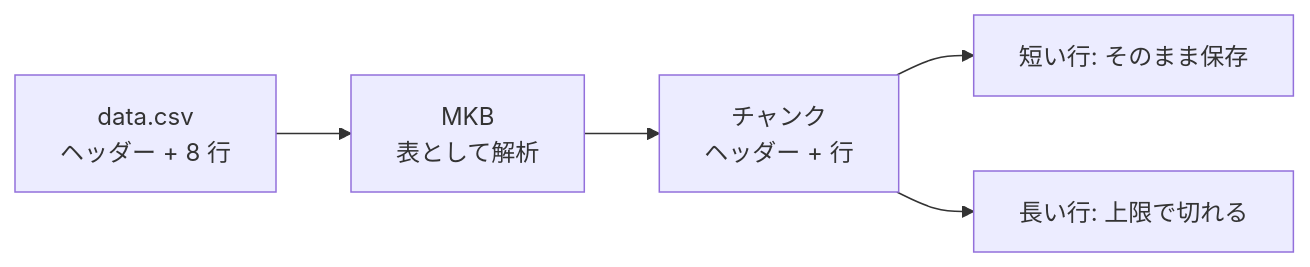
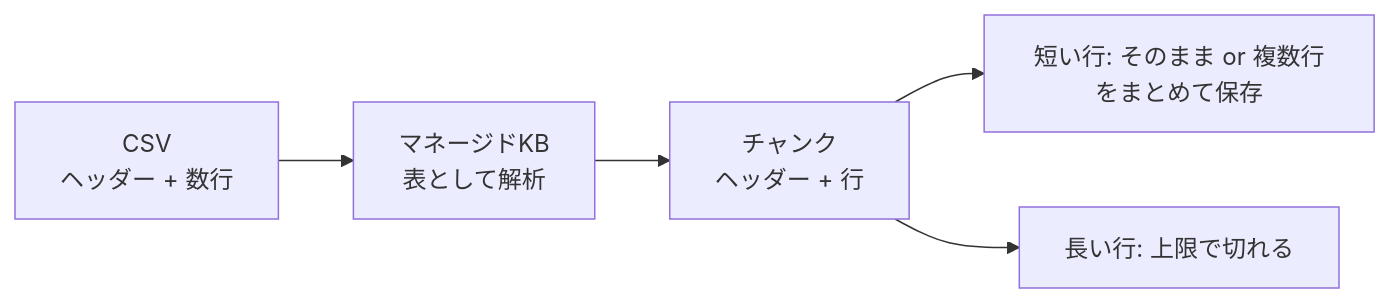
Before and after one commit to takura324/zenn-articles: the diagram in articles/bedrock-mkb-csv-truncation.md, drawn with Mermaid. The commit also changed other lines of this file, not shown here.

Commit message:
Publish Bedrock managed KB CSV truncation article

````diff
--- a/articles/bedrock-mkb-csv-truncation.md
+++ b/articles/bedrock-mkb-csv-truncation.md
@@ -52,7 +51,7 @@
 ```mermaid
 flowchart LR
-  A["data.csv<br/>ヘッダー + 8 行"] --> B["MKB<br/>表として解析"]
+  A["CSV<br/>ヘッダー + 数行"] --> B["マネージドKB<br/>表として解析"]
   B --> C["チャンク<br/>ヘッダー + 行"]
-  C --> D["短い行: そのまま保存"]
+  C --> D["短い行: そのまま or 複数行をまとめて保存"]
   C --> E["長い行: 上限で切れる"]
 ```
````
